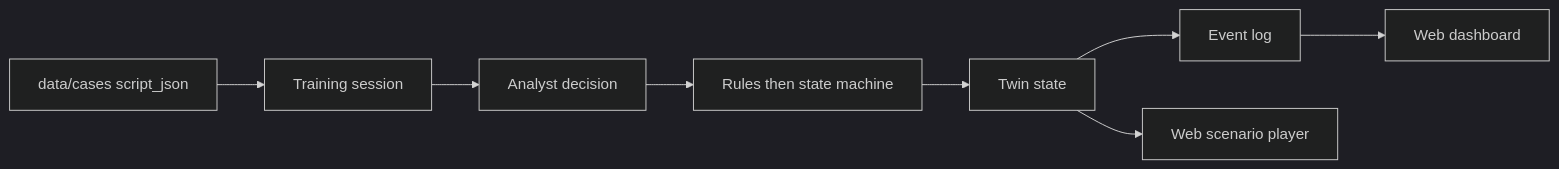
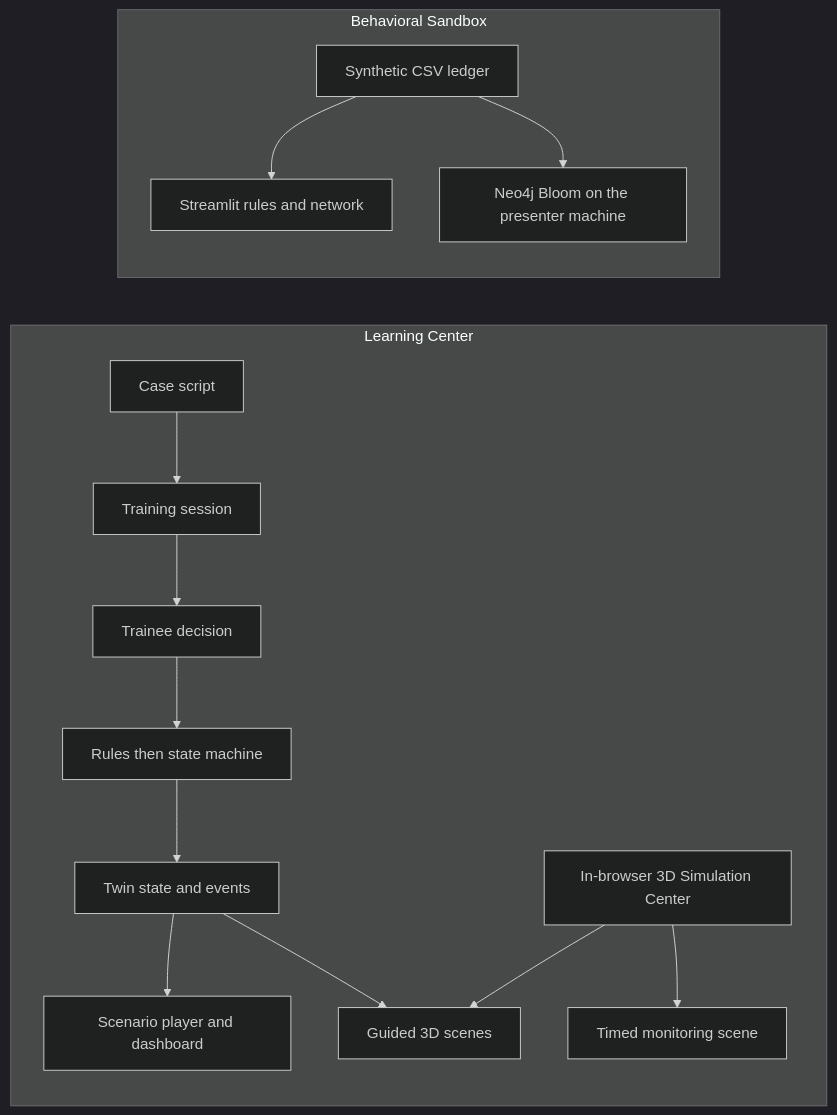
Before and after one commit to innalhy/aml-twin: the first of 2 diagrams in docs/architecture.md, drawn with Mermaid (dark theme). The commit also changed other lines of this file and 15 other files, not shown here.

First line of the commit message:
Document the live Learning Center and the gap with main (#38)

````diff
--- a/docs/architecture.md
+++ b/docs/architecture.md
@@ -11,10 +15,18 @@
 ```mermaid
 flowchart LR
-  caseFile["data/cases script_json"] --> session["Training session"]
-  session --> decision["Analyst decision"]
-  decision --> rules["Rules then state machine"]
-  rules --> twin["Twin state"]
-  twin --> events["Event log"]
-  events --> dashboard["Web dashboard"]
-  twin --> player["Web scenario player"]
+  subgraph center [Learning Center]
+    caseFile["Case script"] --> session["Training session"]
+    session --> decision["Trainee decision"]
+    decision --> rules["Rules then state machine"]
+    rules --> twin["Twin state and events"]
+    twin --> player["Scenario player and dashboard"]
+    sim["In-browser 3D Simulation Center"]
+    twin --> guided["Guided 3D scenes"]
+    sim --> guided
+    sim --> timed["Timed monitoring scene"]
+  end
+  subgraph sandbox [Behavioral Sandbox]
+    ledger["Synthetic CSV ledger"] --> stream["Streamlit rules and network"]
+    ledger --> bloom["Neo4j Bloom on the presenter machine"]
+  end
 ```
````
